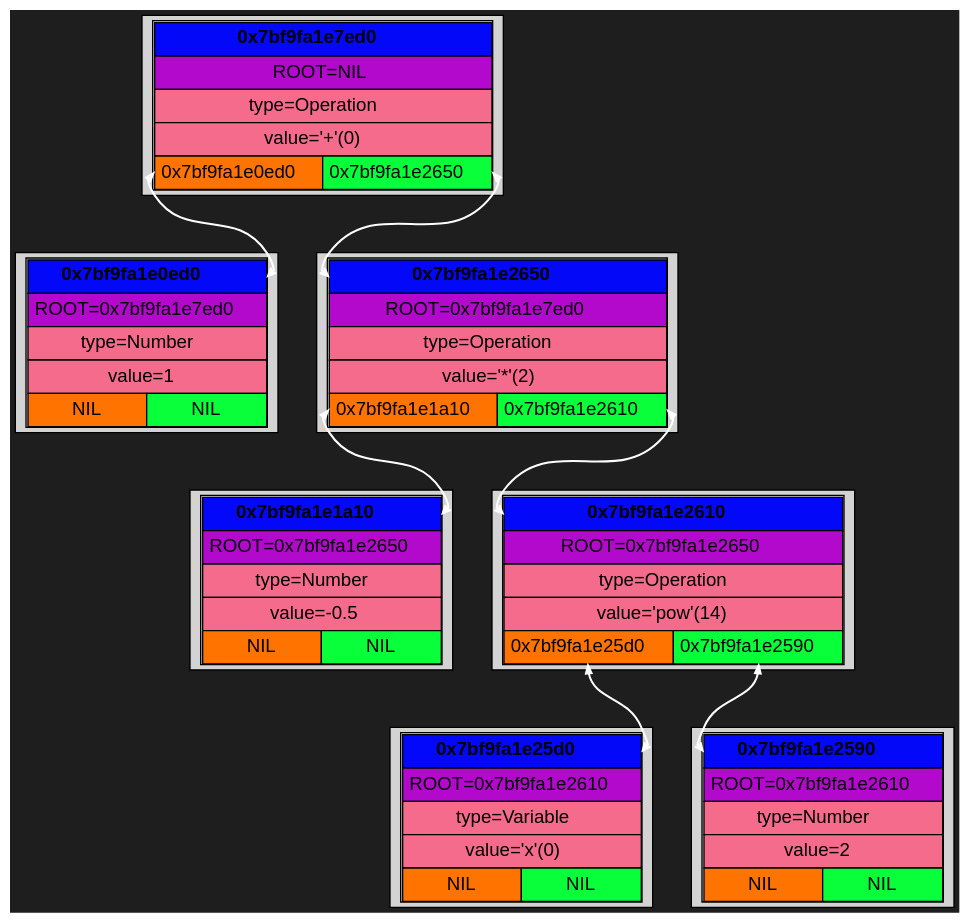
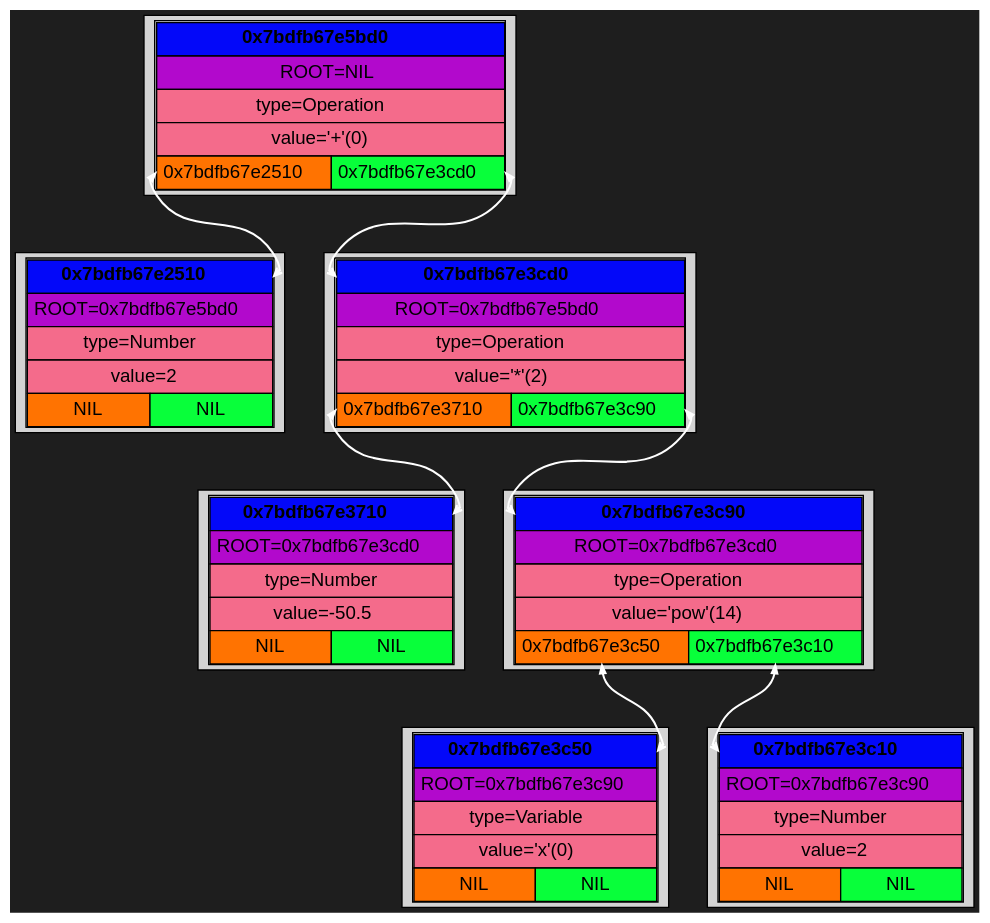
Before and after one commit to Kabuto-Mainer/Diff: the diagram in Dump/BinTree/graph.dot, drawn with Graphviz. The commit also changed 27 other files, not shown here.

```diff
--- a/Dump/BinTree/graph.dot
+++ b/Dump/BinTree/graph.dot
@@ -1,100 +1,100 @@
 digraph {
   rankdir=UD;
   bgcolor="#1e1e1e"
   nodesep=0.4;
   ranksep=0.6;
   node [shape=plaintext, style=filled, fontname="Helvetica"];
   edge [arrowhead=vee, arrowsize=0.6, penwidth=1.2];
 
-block_0x7bf9fa1e0ed0 [shape=box, label=<
+block_0x7bdfb67e2510 [shape=box, label=<
 <TABLE CELLSPACING="0" CELLPADDING="4">
-<TR><TD PORT="root" BGCOLOR="#0308f9ff" COLSPAN="2"><B>0x7bf9fa1e0ed0</B></TD></TR>
-<TR><TD BGCOLOR="#b209ccff" COLSPAN="2">ROOT=0x7bf9fa1e7ed0</TD></TR>
+<TR><TD PORT="root" BGCOLOR="#0308f9ff" COLSPAN="2"><B>0x7bdfb67e2510</B></TD></TR>
+<TR><TD BGCOLOR="#b209ccff" COLSPAN="2">ROOT=0x7bdfb67e5bd0</TD></TR>
 <TR><TD BGCOLOR="#f46b8bff" COLSPAN="2">type=Number</TD></TR>
-<TR><TD BGCOLOR="#f46b8bff" COLSPAN="2">value=1</TD></TR>
+<TR><TD BGCOLOR="#f46b8bff" COLSPAN="2">value=2</TD></TR>
 <TR>
 <TD PORT="left" BGCOLOR="#ff7301ff">NIL</TD>
 <TD PORT="right" BGCOLOR="#08ff3aff">NIL</TD>
 </TR>
 </TABLE> >];
 
-block_0x7bf9fa1e1a10 [shape=box, label=<
+block_0x7bdfb67e3710 [shape=box, label=<
 <TABLE CELLSPACING="0" CELLPADDING="4">
-<TR><TD PORT="root" BGCOLOR="#0308f9ff" COLSPAN="2"><B>0x7bf9fa1e1a10</B></TD></TR>
-<TR><TD BGCOLOR="#b209ccff" COLSPAN="2">ROOT=0x7bf9fa1e2650</TD></TR>
+<TR><TD PORT="root" BGCOLOR="#0308f9ff" COLSPAN="2"><B>0x7bdfb67e3710</B></TD></TR>
+<TR><TD BGCOLOR="#b209ccff" COLSPAN="2">ROOT=0x7bdfb67e3cd0</TD></TR>
 <TR><TD BGCOLOR="#f46b8bff" COLSPAN="2">type=Number</TD></TR>
-<TR><TD BGCOLOR="#f46b8bff" COLSPAN="2">value=-0.5</TD></TR>
+<TR><TD BGCOLOR="#f46b8bff" COLSPAN="2">value=-50.5</TD></TR>
 <TR>
 <TD PORT="left" BGCOLOR="#ff7301ff">NIL</TD>
 <TD PORT="right" BGCOLOR="#08ff3aff">NIL</TD>
 </TR>
 </TABLE> >];
 
-block_0x7bf9fa1e25d0 [shape=box, label=<
+block_0x7bdfb67e3c50 [shape=box, label=<
 <TABLE CELLSPACING="0" CELLPADDING="4">
-<TR><TD PORT="root" BGCOLOR="#0308f9ff" COLSPAN="2"><B>0x7bf9fa1e25d0</B></TD></TR>
-<TR><TD BGCOLOR="#b209ccff" COLSPAN="2">ROOT=0x7bf9fa1e2610</TD></TR>
+<TR><TD PORT="root" BGCOLOR="#0308f9ff" COLSPAN="2"><B>0x7bdfb67e3c50</B></TD></TR>
+<TR><TD BGCOLOR="#b209ccff" COLSPAN="2">ROOT=0x7bdfb67e3c90</TD></TR>
 <TR><TD BGCOLOR="#f46b8bff" COLSPAN="2">type=Variable</TD></TR>
 <TR><TD BGCOLOR="#f46b8bff" COLSPAN="2">value='x'(0)</TD></TR>
 <TR>
 <TD PORT="left" BGCOLOR="#ff7301ff">NIL</TD>
 <TD PORT="right" BGCOLOR="#08ff3aff">NIL</TD>
 </TR>
 </TABLE> >];
 
-block_0x7bf9fa1e2590 [shape=box, label=<
+block_0x7bdfb67e3c10 [shape=box, label=<
 <TABLE CELLSPACING="0" CELLPADDING="4">
-<TR><TD PORT="root" BGCOLOR="#0308f9ff" COLSPAN="2"><B>0x7bf9fa1e2590</B></TD></TR>
-<TR><TD BGCOLOR="#b209ccff" COLSPAN="2">ROOT=0x7bf9fa1e2610</TD></TR>
+<TR><TD PORT="root" BGCOLOR="#0308f9ff" COLSPAN="2"><B>0x7bdfb67e3c10</B></TD></TR>
+<TR><TD BGCOLOR="#b209ccff" COLSPAN="2">ROOT=0x7bdfb67e3c90</TD></TR>
 <TR><TD BGCOLOR="#f46b8bff" COLSPAN="2">type=Number</TD></TR>
 <TR><TD BGCOLOR="#f46b8bff" COLSPAN="2">value=2</TD></TR>
 <TR>
 <TD PORT="left" BGCOLOR="#ff7301ff">NIL</TD>
 <TD PORT="right" BGCOLOR="#08ff3aff">NIL</TD>
 </TR>
 </TABLE> >];
 
-block_0x7bf9fa1e2610 [shape=box, label=<
+block_0x7bdfb67e3c90 [shape=box, label=<
 <TABLE CELLSPACING="0" CELLPADDING="4">
-<TR><TD PORT="root" BGCOLOR="#0308f9ff" COLSPAN="2"><B>0x7bf9fa1e2610</B></TD></TR>
-<TR><TD BGCOLOR="#b209ccff" COLSPAN="2">ROOT=0x7bf9fa1e2650</TD></TR>
+<TR><TD PORT="root" BGCOLOR="#0308f9ff" COLSPAN="2"><B>0x7bdfb67e3c90</B></TD></TR>
+<TR><TD BGCOLOR="#b209ccff" COLSPAN="2">ROOT=0x7bdfb67e3cd0</TD></TR>
 <TR><TD BGCOLOR="#f46b8bff" COLSPAN="2">type=Operation</TD></TR>
 <TR><TD BGCOLOR="#f46b8bff" COLSPAN="2">value='pow'(14)</TD></TR>
 <TR>
-<TD PORT="left" BGCOLOR="#ff7301ff">0x7bf9fa1e25d0</TD>
-<TD PORT="right" BGCOLOR="#08ff3aff">0x7bf9fa1e2590</TD>
+<TD PORT="left" BGCOLOR="#ff7301ff">0x7bdfb67e3c50</TD>
+<TD PORT="right" BGCOLOR="#08ff3aff">0x7bdfb67e3c10</TD>
 </TR>
 </TABLE> >];
 
-block_0x7bf9fa1e2650 [shape=box, label=<
+block_0x7bdfb67e3cd0 [shape=box, label=<
 <TABLE CELLSPACING="0" CELLPADDING="4">
-<TR><TD PORT="root" BGCOLOR="#0308f9ff" COLSPAN="2"><B>0x7bf9fa1e2650</B></TD></TR>
-<TR><TD BGCOLOR="#b209ccff" COLSPAN="2">ROOT=0x7bf9fa1e7ed0</TD></TR>
+<TR><TD PORT="root" BGCOLOR="#0308f9ff" COLSPAN="2"><B>0x7bdfb67e3cd0</B></TD></TR>
+<TR><TD BGCOLOR="#b209ccff" COLSPAN="2">ROOT=0x7bdfb67e5bd0</TD></TR>
 <TR><TD BGCOLOR="#f46b8bff" COLSPAN="2">type=Operation</TD></TR>
 <TR><TD BGCOLOR="#f46b8bff" COLSPAN="2">value='*'(2)</TD></TR>
 <TR>
-<TD PORT="left" BGCOLOR="#ff7301ff">0x7bf9fa1e1a10</TD>
-<TD PORT="right" BGCOLOR="#08ff3aff">0x7bf9fa1e2610</TD>
+<TD PORT="left" BGCOLOR="#ff7301ff">0x7bdfb67e3710</TD>
+<TD PORT="right" BGCOLOR="#08ff3aff">0x7bdfb67e3c90</TD>
 </TR>
 </TABLE> >];
 
-block_0x7bf9fa1e7ed0 [shape=box, label=<
+block_0x7bdfb67e5bd0 [shape=box, label=<
 <TABLE CELLSPACING="0" CELLPADDING="4">
-<TR><TD PORT="root" BGCOLOR="#0308f9ff" COLSPAN="2"><B>0x7bf9fa1e7ed0</B></TD></TR>
+<TR><TD PORT="root" BGCOLOR="#0308f9ff" COLSPAN="2"><B>0x7bdfb67e5bd0</B></TD></TR>
 <TR><TD BGCOLOR="#b209ccff" COLSPAN="2">ROOT=NIL</TD></TR>
 <TR><TD BGCOLOR="#f46b8bff" COLSPAN="2">type=Operation</TD></TR>
 <TR><TD BGCOLOR="#f46b8bff" COLSPAN="2">value='+'(0)</TD></TR>
 <TR>
-<TD PORT="left" BGCOLOR="#ff7301ff">0x7bf9fa1e0ed0</TD>
-<TD PORT="right" BGCOLOR="#08ff3aff">0x7bf9fa1e2650</TD>
+<TD PORT="left" BGCOLOR="#ff7301ff">0x7bdfb67e2510</TD>
+<TD PORT="right" BGCOLOR="#08ff3aff">0x7bdfb67e3cd0</TD>
 </TR>
 </TABLE> >];
 
-block_0x7bf9fa1e2610:right -> block_0x7bf9fa1e2590:root [color="#fefefeff", penwidth = 1.5, arrowsize = 0.6, constraint = true, dir = both];
-block_0x7bf9fa1e2610:left -> block_0x7bf9fa1e25d0:root [color="#ffffffff", penwidth = 1.5, arrowsize = 0.6, constraint = true, dir = both];
-block_0x7bf9fa1e2650:right -> block_0x7bf9fa1e2610:root [color="#fefefeff", penwidth = 1.5, arrowsize = 0.6, constraint = true, dir = both];
-block_0x7bf9fa1e2650:left -> block_0x7bf9fa1e1a10:root [color="#ffffffff", penwidth = 1.5, arrowsize = 0.6, constraint = true, dir = both];
-block_0x7bf9fa1e7ed0:right -> block_0x7bf9fa1e2650:root [color="#fefefeff", penwidth = 1.5, arrowsize = 0.6, constraint = true, dir = both];
-block_0x7bf9fa1e7ed0:left -> block_0x7bf9fa1e0ed0:root [color="#ffffffff", penwidth = 1.5, arrowsize = 0.6, constraint = true, dir = both];
+block_0x7bdfb67e3c90:right -> block_0x7bdfb67e3c10:root [color="#fefefeff", penwidth = 1.5, arrowsize = 0.6, constraint = true, dir = both];
+block_0x7bdfb67e3c90:left -> block_0x7bdfb67e3c50:root [color="#ffffffff", penwidth = 1.5, arrowsize = 0.6, constraint = true, dir = both];
+block_0x7bdfb67e3cd0:right -> block_0x7bdfb67e3c90:root [color="#fefefeff", penwidth = 1.5, arrowsize = 0.6, constraint = true, dir = both];
+block_0x7bdfb67e3cd0:left -> block_0x7bdfb67e3710:root [color="#ffffffff", penwidth = 1.5, arrowsize = 0.6, constraint = true, dir = both];
+block_0x7bdfb67e5bd0:right -> block_0x7bdfb67e3cd0:root [color="#fefefeff", penwidth = 1.5, arrowsize = 0.6, constraint = true, dir = both];
+block_0x7bdfb67e5bd0:left -> block_0x7bdfb67e2510:root [color="#ffffffff", penwidth = 1.5, arrowsize = 0.6, constraint = true, dir = both];
 
 }
```
